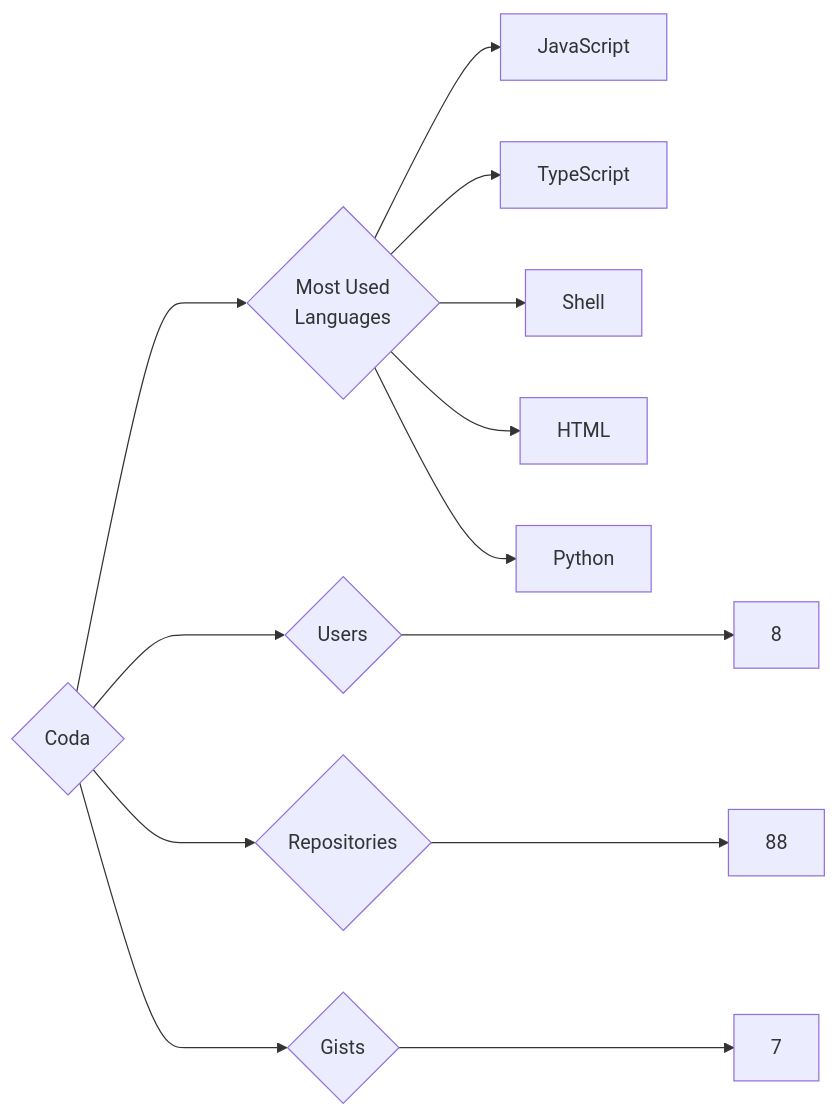
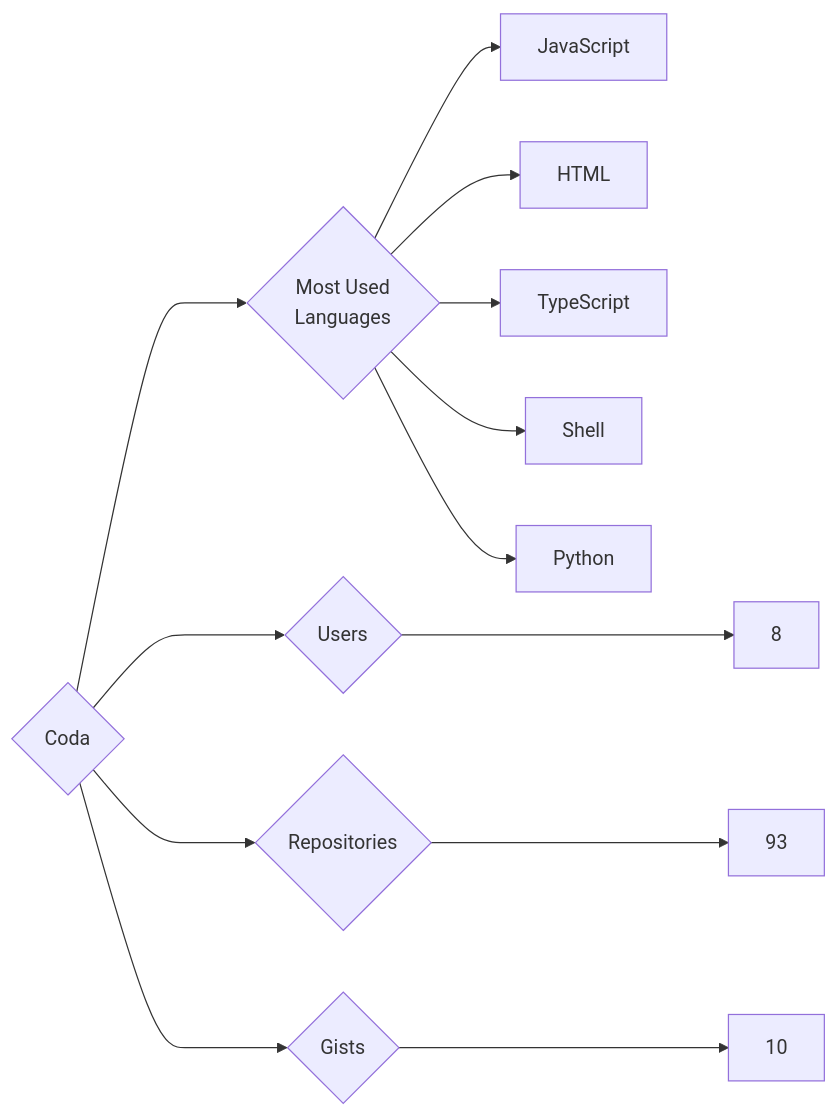
One commit to trickest/insiders changed the diagram in targets/Coda/README.md. Above: the diagram before and after it, drawn with Mermaid. The commit also changed 1167 other files, not shown here.

````diff
--- a/targets/Coda/README.md
+++ b/targets/Coda/README.md
@@ -3,13 +3,13 @@
 ```mermaid
 graph LR
 COMPANY_NAME{Coda}
 COMPANY_NAME ---> U{Users} ---> UN[8]
-COMPANY_NAME ---> R{Repositories} ---> RN[88]
-COMPANY_NAME ---> G{Gists} ---> GN[7]
+COMPANY_NAME ---> R{Repositories} ---> RN[93]
+COMPANY_NAME ---> G{Gists} ---> GN[10]
 COMPANY_NAME ---> ML{Most Used<br>Languages}
 ML --> JavaScript[JavaScript]
+ML --> HTML[HTML]
 ML --> TypeScript[TypeScript]
 ML --> Shell[Shell]
-ML --> HTML[HTML]
 ML --> Python[Python]
 ```
````
